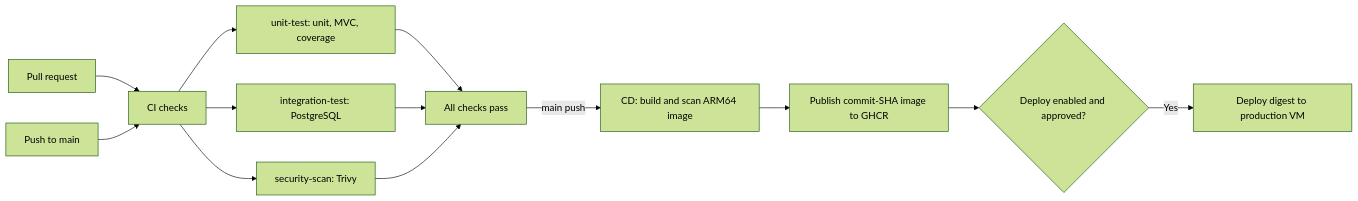
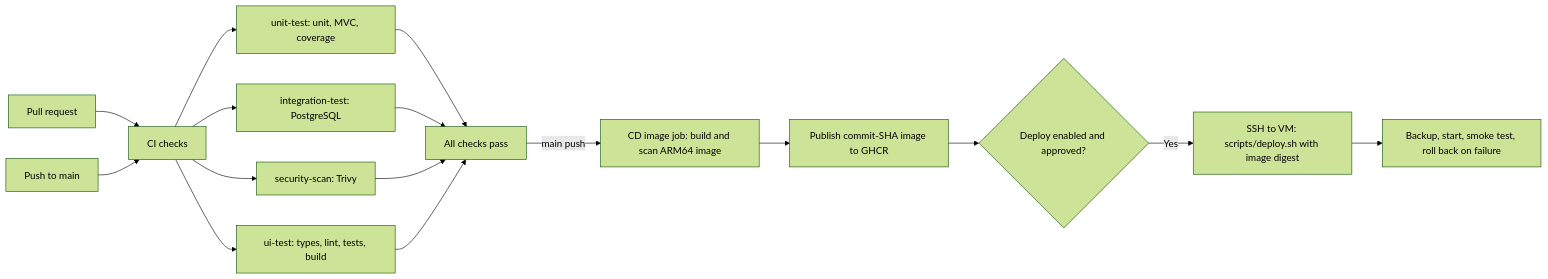
The third of 3 diagrams in README.md (kyledelfin2006/libro-library-system), drawn with Mermaid (forest theme) before and after one commit. The commit also changed other lines of this file, not shown here.

````diff
--- a/README.md
+++ b/README.md
@@ -235,15 +390,18 @@
 ```mermaid
 flowchart LR
     PR[Pull request] --> CI[CI checks]
     Main[Push to main] --> CI
     CI --> Test[unit-test: unit, MVC, coverage]
     CI --> Integration[integration-test: PostgreSQL]
     CI --> Security[security-scan: Trivy]
+    CI --> UI[ui-test: types, lint, tests, build]
     Test --> Pass[All checks pass]
     Integration --> Pass
     Security --> Pass
-    Pass -->|main push| Image[CD: build and scan ARM64 image]
+    UI --> Pass
+    Pass -->|main push| Image[CD image job: build and scan ARM64 image]
     Image --> GHCR[Publish commit-SHA image to GHCR]
     GHCR --> Gate{Deploy enabled and approved?}
-    Gate -->|Yes| Deploy[Deploy digest to production VM]
+    Gate -->|Yes| Deploy[SSH to VM: scripts/deploy.sh with image digest]
+    Deploy --> Smoke[Backup, start, smoke test, roll back on failure]
 ```
````
